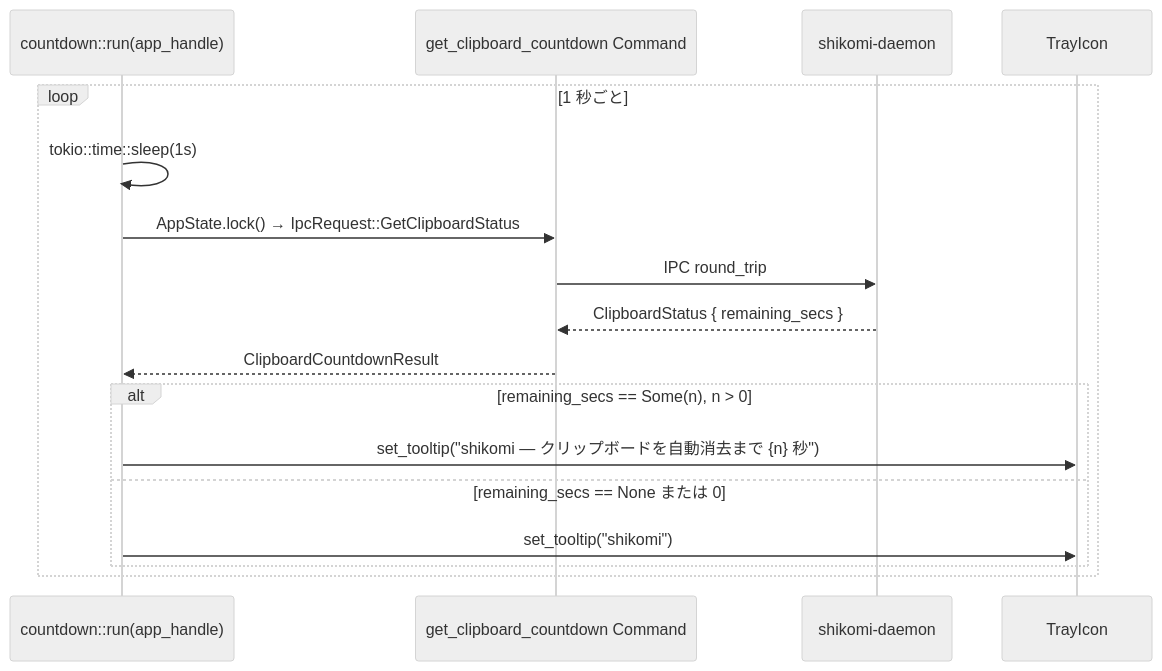
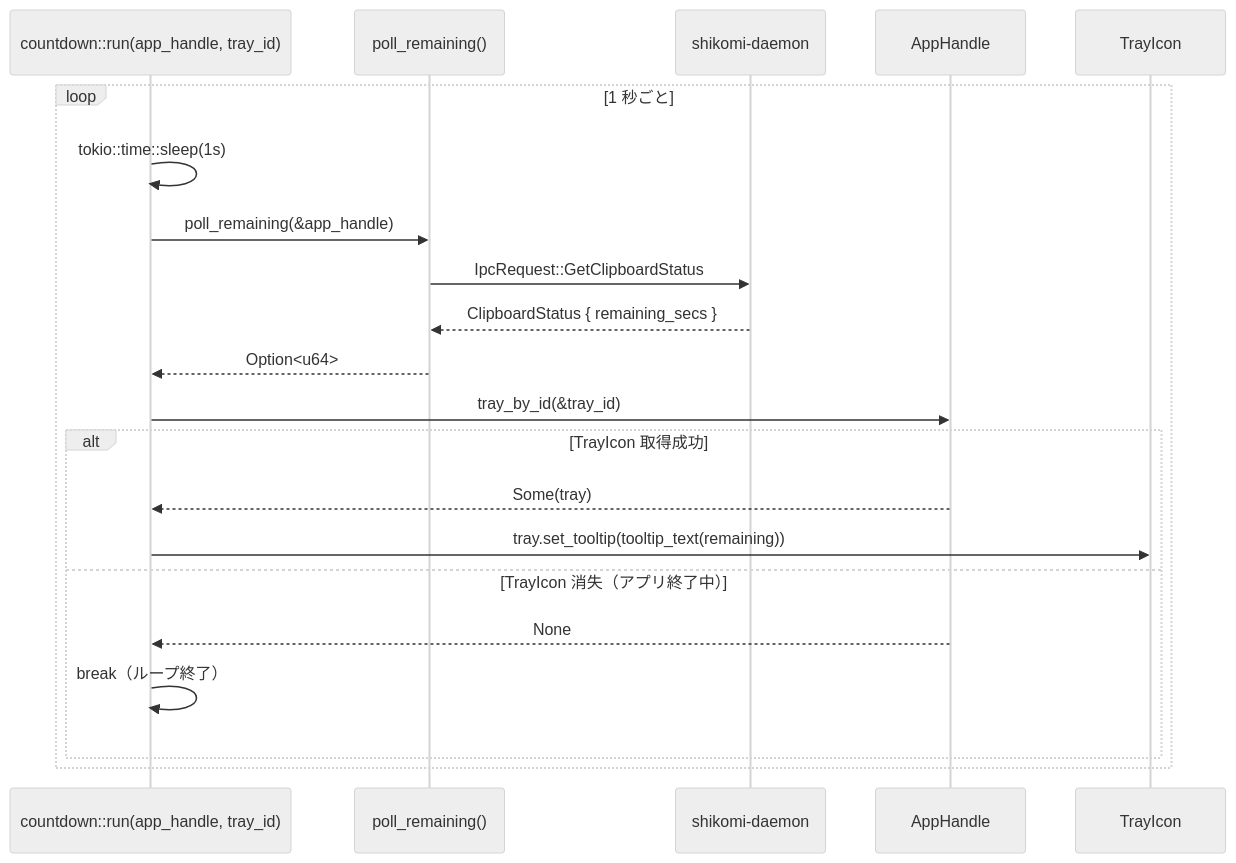
One commit to shikomi-dev/shikomi changed the fifth of 5 diagrams in docs/features/shikomi-gui/system-tray/detailed-design.md. Above: the diagram before and after it, drawn with Mermaid (neutral theme). The commit also changed other lines of this file, not shown here.

Commit message:
docs(system-tray): detailed-design §4.1/4.2/4.3 を実装実態に合わせて更新
ペガサス指摘: run() のスコープ外変更が設計書未反映だった件を修正。

- §4.1 シーケンス図: run(app_handle, tray_id) + tray_by_id() 終了検知フローに更新
- §4.2 エラー表: catch_unwind → Tokio タスク分離に変更、set_tooltip失敗/tray消失行を追加
- §4.3 ライフサイクル: weak参照 → strong参照 + tray_by_id() パターンに変更（KISS根拠明示）

````diff
--- a/docs/features/shikomi-gui/system-tray/detailed-design.md
+++ b/docs/features/shikomi-gui/system-tray/detailed-design.md
@@ -130,20 +130,25 @@
 ```mermaid
 sequenceDiagram
-    participant Task as countdown::run(app_handle)
-    participant Cmd as get_clipboard_countdown Command
+    participant Task as countdown::run(app_handle, tray_id)
+    participant Cmd as poll_remaining()
     participant Daemon as shikomi-daemon
+    participant App as AppHandle
     participant Tray as TrayIcon
+
     loop 1 秒ごと
         Task->>Task: tokio::time::sleep(1s)
-        Task->>Cmd: AppState.lock() → IpcRequest::GetClipboardStatus
-        Cmd->>Daemon: IPC round_trip
+        Task->>Cmd: poll_remaining(&app_handle)
+        Cmd->>Daemon: IpcRequest::GetClipboardStatus
         Daemon-->>Cmd: ClipboardStatus { remaining_secs }
-        Cmd-->>Task: ClipboardCountdownResult
+        Cmd-->>Task: Option<u64>
 
-        alt remaining_secs == Some(n), n > 0
-            Task->>Tray: set_tooltip("shikomi — クリップボードを自動消去まで {n} 秒")
-        else remaining_secs == None または 0
-            Task->>Tray: set_tooltip("shikomi")
+        Task->>App: tray_by_id(&tray_id)
+        alt TrayIcon 取得成功
+            App-->>Task: Some(tray)
+            Task->>Tray: tray.set_tooltip(tooltip_text(remaining))
+        else TrayIcon 消失（アプリ終了中）
+            App-->>Task: None
+            Task->>Task: break（ループ終了）
         end
     end
 ```
````
